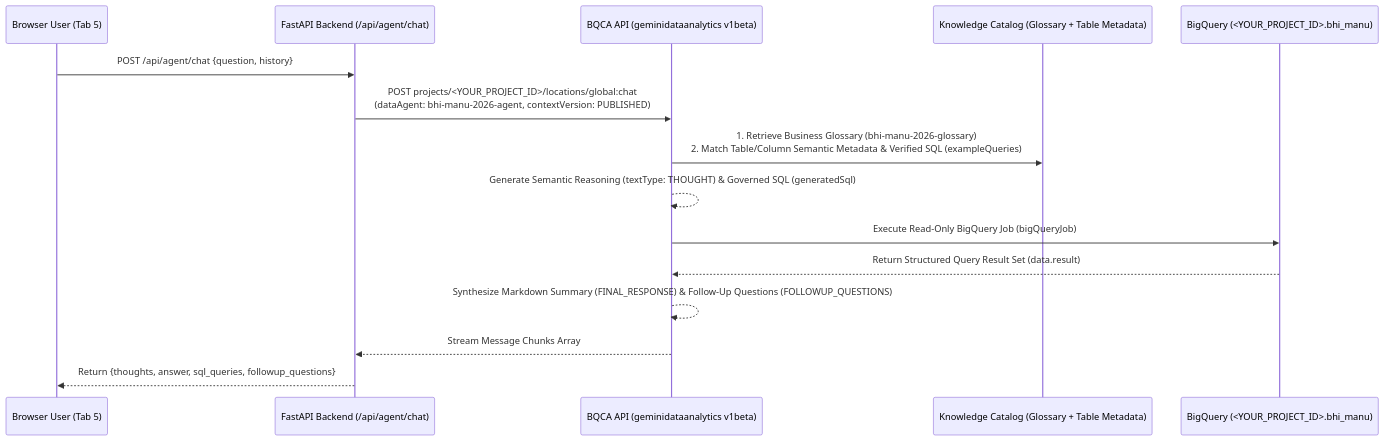
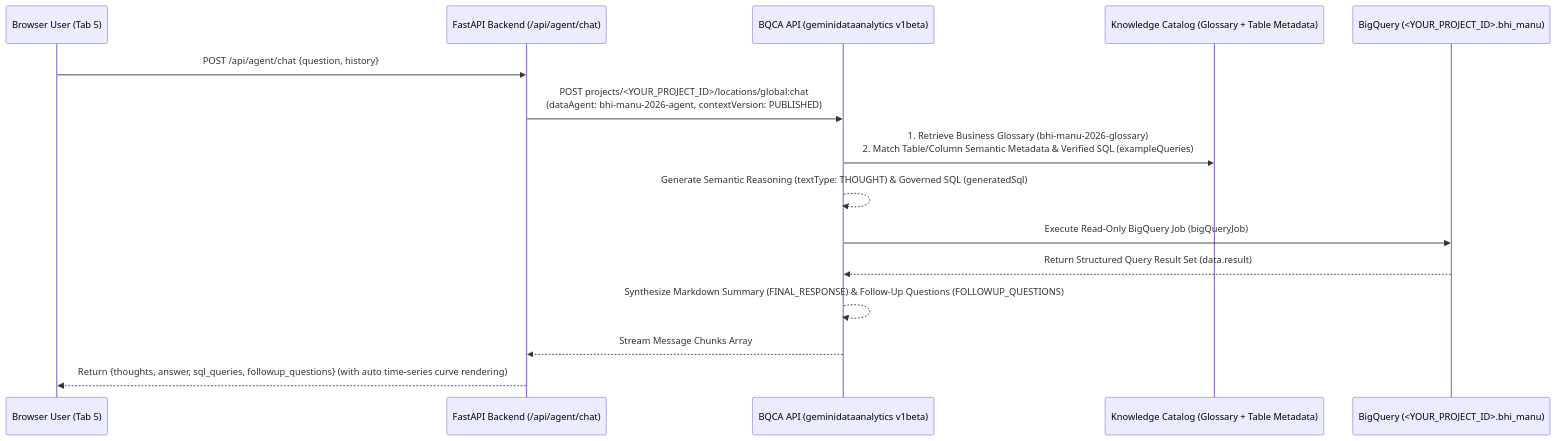
The second of 3 diagrams in SDD_en.md (cliucn/manu-bhi), drawn with Mermaid before and after one commit. The commit also changed other lines of this file and 6 other files, not shown here.

Commit message:
feat(v1.12.0): add GCP project-level MRR & DRR curve tables, workbench, and inline AI chart rendering

````diff
--- a/SDD_en.md
+++ b/SDD_en.md
@@ -180,18 +185,18 @@
 ```mermaid
 sequenceDiagram
     participant U as Browser User (Tab 5)
     participant F as FastAPI Backend (/api/agent/chat)
     participant B as BQCA API (geminidataanalytics v1beta)
     participant K as Knowledge Catalog (Glossary + Table Metadata)
     participant Q as BigQuery (<YOUR_PROJECT_ID>.bhi_manu)
 
     U->>F: POST /api/agent/chat {question, history}
     F->>B: POST projects/<YOUR_PROJECT_ID>/locations/global:chat<br/>(dataAgent: bhi-manu-2026-agent, contextVersion: PUBLISHED)
     B->>K: 1. Retrieve Business Glossary (bhi-manu-2026-glossary)<br/>2. Match Table/Column Semantic Metadata & Verified SQL (exampleQueries)
     B-->>B: Generate Semantic Reasoning (textType: THOUGHT) & Governed SQL (generatedSql)
     B->>Q: Execute Read-Only BigQuery Job (bigQueryJob)
     Q-->>B: Return Structured Query Result Set (data.result)
     B-->>B: Synthesize Markdown Summary (FINAL_RESPONSE) & Follow-Up Questions (FOLLOWUP_QUESTIONS)
     B-->>F: Stream Message Chunks Array
-    F-->>U: Return {thoughts, answer, sql_queries, followup_questions}
+    F-->>U: Return {thoughts, answer, sql_queries, followup_questions} (with auto time-series curve rendering)
 ```
````
